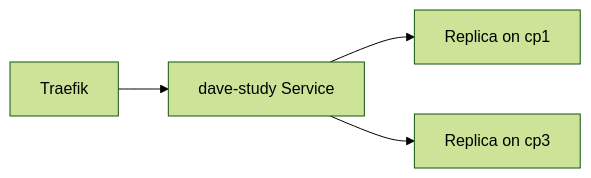
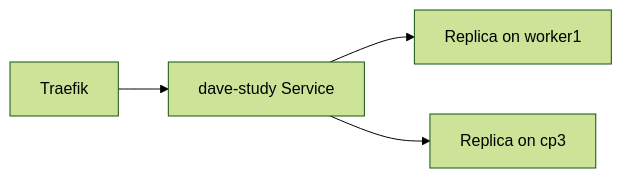
Before and after one commit to 211lab/atlas: the seventh of 11 diagrams in docs/architecture/application-dependencies.md, drawn with Mermaid (forest theme). The commit also changed other lines of this file and 13 other files, not shown here.

````diff
--- a/docs/architecture/application-dependencies.md
+++ b/docs/architecture/application-dependencies.md
@@ -74,6 +75,6 @@
 ```mermaid
 flowchart LR
     T["Traefik"] --> S["dave-study Service"]
-    S --> A["Replica on cp1"]
+    S --> A["Replica on worker1"]
     S --> B["Replica on cp3"]
 ```
````
